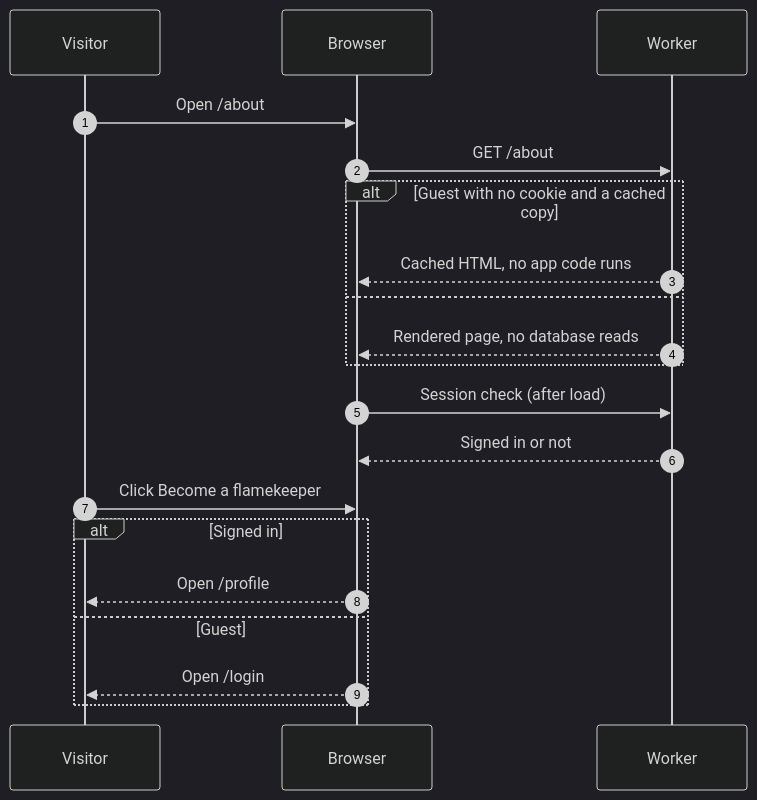
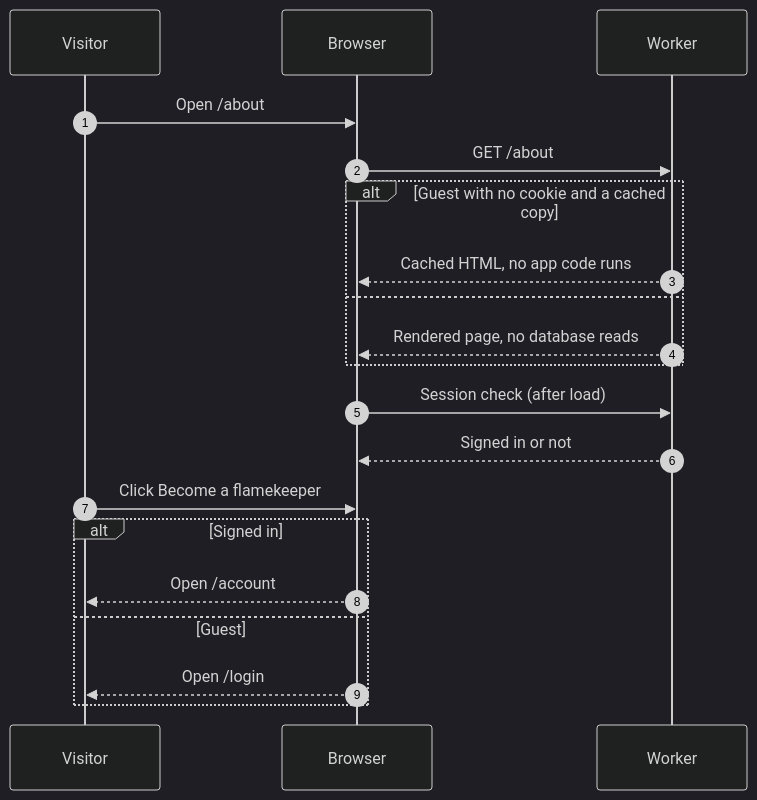
The diagram in docs/scenarios/account/about-page.md (sagyzdop/meriksirat), drawn with Mermaid (dark theme) before and after one commit. The commit also changed other lines of this file and 157 other files, not shown here.

````diff
--- a/docs/scenarios/account/about-page.md
+++ b/docs/scenarios/account/about-page.md
@@ -28,22 +29,22 @@
 ```mermaid
 sequenceDiagram
     autonumber
     participant P as Visitor
     participant B as Browser
     participant W as Worker
     P->>B: Open /about
     B->>W: GET /about
     alt Guest with no cookie and a cached copy
         W-->>B: Cached HTML, no app code runs
     else
         W-->>B: Rendered page, no database reads
     end
     B->>W: Session check (after load)
     W-->>B: Signed in or not
     P->>B: Click Become a flamekeeper
     alt Signed in
-        B-->>P: Open /profile
+        B-->>P: Open /account
     else Guest
         B-->>P: Open /login
     end
 ```
````
